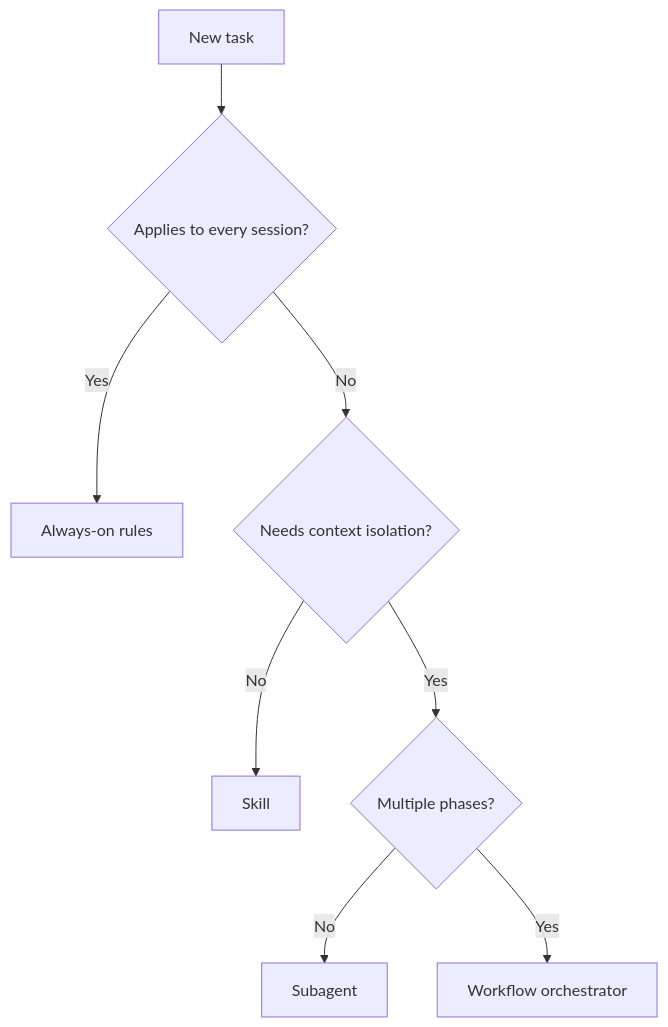
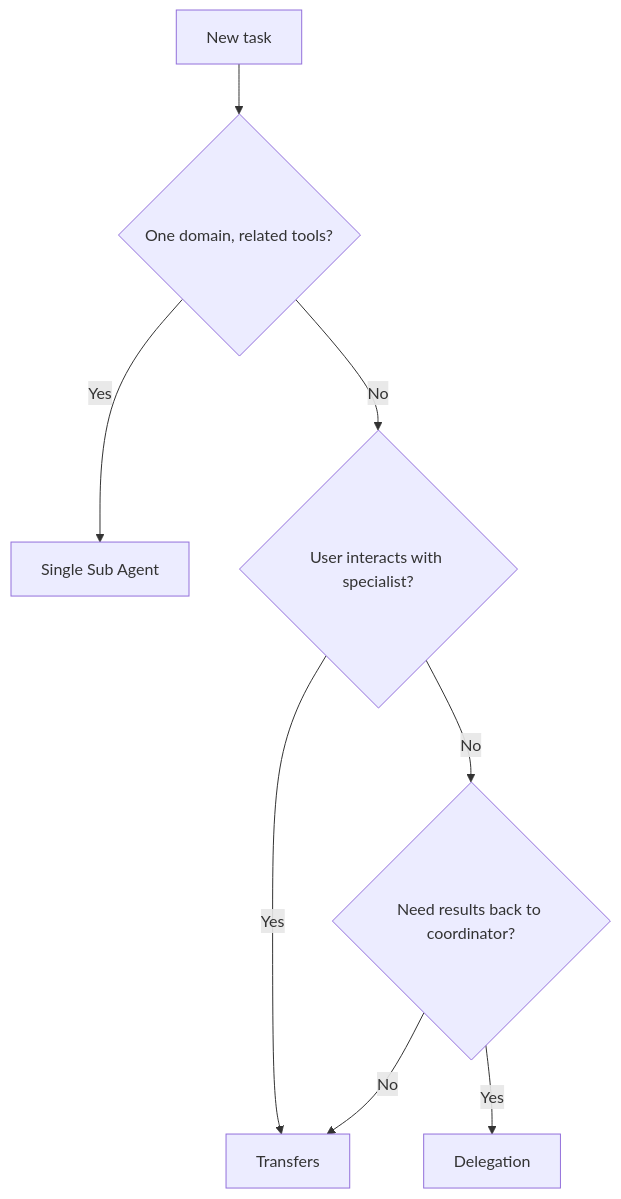
One commit to inkeep/agents changed the diagram in agents-docs/content/guides/agent-engineering/choosing-patterns.mdx. Above: the diagram before and after it, drawn with Mermaid. The commit also changed other lines of this file and 8 other files, not shown here.

````diff
--- a/agents-docs/content/guides/agent-engineering/choosing-patterns.mdx
+++ b/agents-docs/content/guides/agent-engineering/choosing-patterns.mdx
@@ -100,10 +124,10 @@
 ```mermaid
 graph TD
-    A[New task] --> B{Applies to every session?}
-    B -->|Yes| C[Always-on rules]
-    B -->|No| D{Needs context isolation?}
-    D -->|No| E[Skill]
-    D -->|Yes| F{Multiple phases?}
-    F -->|No| G[Subagent]
-    F -->|Yes| H[Workflow orchestrator]
+    A[New task] --> B{One domain, related tools?}
+    B -->|Yes| C[Single Sub Agent]
+    B -->|No| D{User interacts with specialist?}
+    D -->|Yes| E[Transfers]
+    D -->|No| F{Need results back to coordinator?}
+    F -->|Yes| G[Delegation]
+    F -->|No| E
 ```
````
